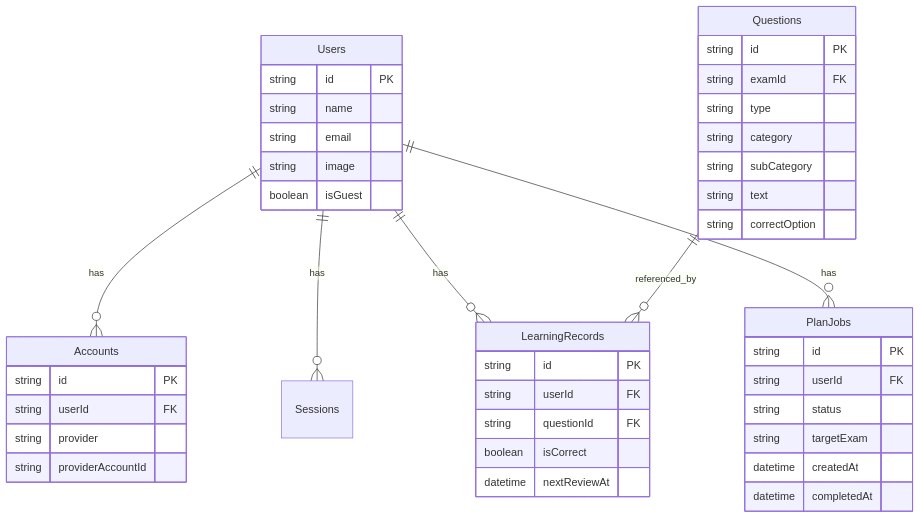
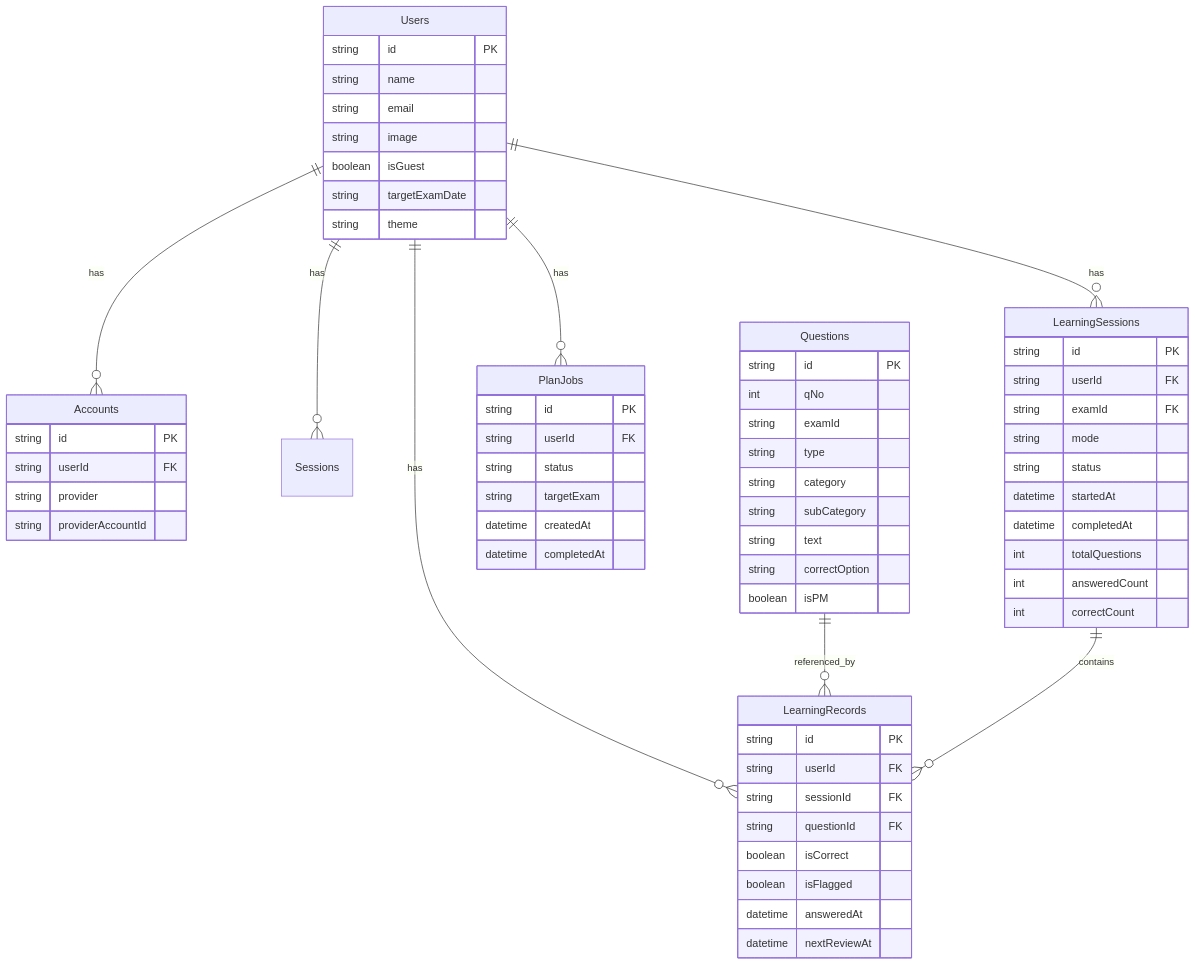
Before and after one commit to keisato848/IpaLab: the diagram in docs/02_design/03_DatabaseDesign.md, drawn with Mermaid. The commit also changed other lines of this file and 5 other files, not shown here.

````diff
--- a/docs/02_design/03_DatabaseDesign.md
+++ b/docs/02_design/03_DatabaseDesign.md
@@ -147,50 +213,72 @@
 ```mermaid
 erDiagram
     Users ||--o{ Accounts : has
     Users ||--o{ Sessions : has
     Users ||--o{ LearningRecords : has
+    Users ||--o{ LearningSessions : has
     Users ||--o{ PlanJobs : has
     Questions ||--o{ LearningRecords : referenced_by
+    LearningSessions ||--o{ LearningRecords : contains
 
     Users {
         string id PK
         string name
         string email
         string image
         boolean isGuest
+        string targetExamDate
+        string theme
     }
     
     Accounts {
         string id PK
         string userId FK
         string provider
         string providerAccountId
     }
 
     Questions {
         string id PK
-        string examId FK
+        int qNo
+        string examId
         string type
         string category
         string subCategory
         string text
         string correctOption
+        boolean isPM
     }
 
     LearningRecords {
         string id PK
         string userId FK
+        string sessionId FK
         string questionId FK
         boolean isCorrect
+        boolean isFlagged
+        datetime answeredAt
         datetime nextReviewAt
+    }
+
+    LearningSessions {
+        string id PK
+        string userId FK
+        string examId FK
+        string mode
+        string status
+        datetime startedAt
+        datetime completedAt
+        int totalQuestions
+        int answeredCount
+        int correctCount
     }
 
     PlanJobs {
         string id PK
         string userId FK
         string status
         string targetExam
         datetime createdAt
         datetime completedAt
     }
 ```
````
